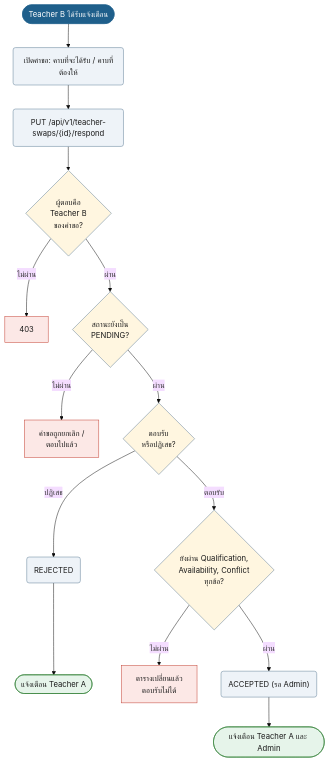
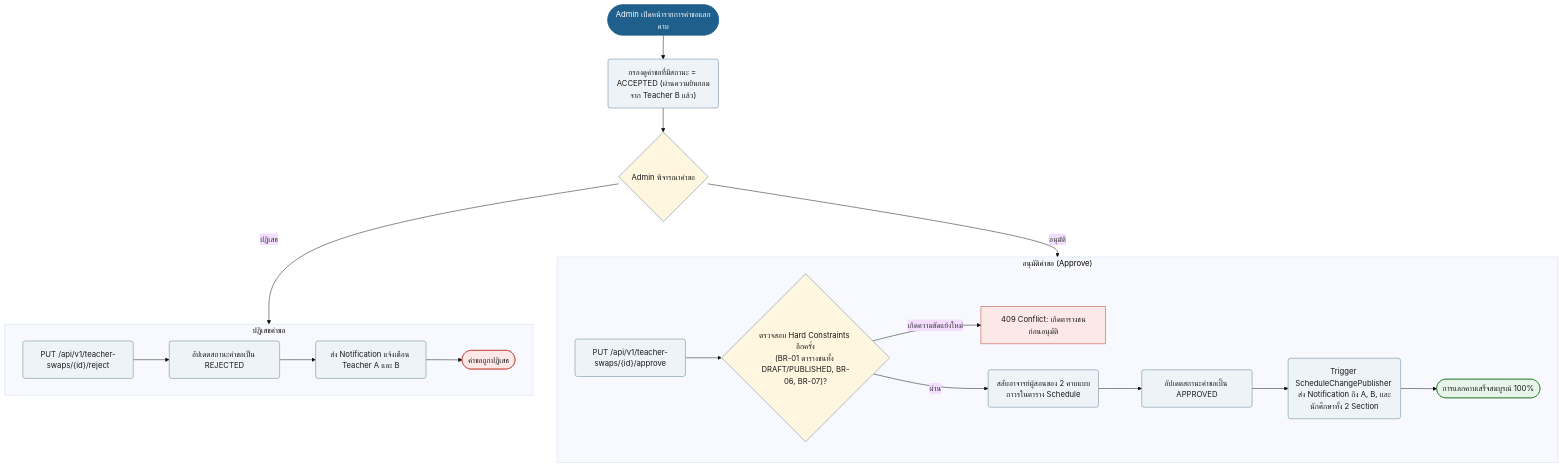
Diagram 17 of 19 in doc/diagram/Userflow_diagram.md (synthesixer/AcadOS), drawn with Mermaid (base theme) before and after one commit. The commit also changed other lines of this file and 8 other files, not shown here.

````diff
--- a/doc/diagram/Userflow_diagram.md
+++ b/doc/diagram/Userflow_diagram.md
@@ -618,36 +676,36 @@
 ```mermaid
 flowchart TD
-    n1(["Teacher B ได้รับแจ้งเตือน"]):::start
-    n2("เปิดคำขอ: คาบที่จะได้รับ / คาบที่ต้องให้"):::act
-    n3("PUT /api/v1/teacher-swaps/{id}/respond"):::act
+    n1(["Admin เปิดหน้ารายการคำขอแลกคาบ"]):::start
+    n2("กรองดูคำขอที่มีสถานะ = ACCEPTED (ผ่านความยินยอมจาก Teacher B แล้ว)"):::act
     n1 --> n2
-    n2 --> n3
-    n4{"ผู้ตอบคือ<br/>Teacher B<br/>ของคำขอ?"}:::dec
-    n3 --> n4
-    n5["403"]:::bad
-    n4 -->|ไม่ผ่าน| n5
-    n6{"สถานะยังเป็น<br/>PENDING?"}:::dec
-    n4 -->|ผ่าน| n6
-    n7["คำขอถูกยกเลิก /<br/>ตอบไปแล้ว"]:::bad
-    n6 -->|ไม่ผ่าน| n7
-    n8{"ตอบรับ<br/>หรือปฏิเสธ?"}:::dec
-    n6 -->|ผ่าน| n8
-    n9("REJECTED"):::act
-    n8 -->|ปฏิเสธ| n9
-    n10(["แจ้งเตือน Teacher A"]):::ok
-    n9 --> n10
-    n11{"ยังผ่าน Qualification,<br/>Availability, Conflict<br/>ทุกข้อ?"}:::dec
-    n8 -->|ตอบรับ| n11
-    n12["ตารางเปลี่ยนแล้ว<br/>ตอบรับไม่ได้"]:::bad
-    n11 -->|ไม่ผ่าน| n12
-    n13("ACCEPTED (รอ Admin)"):::act
-    n11 -->|ผ่าน| n13
-    n14(["แจ้งเตือน Teacher A และ Admin"]):::ok
-    n13 --> n14
+    adm_dec{"Admin พิจารณาคำขอ"}:::dec
+    n2 --> adm_dec
+
+    subgraph Reject_Swap ["ปฏิเสธคำขอ"]
+        rej_act("PUT /api/v1/teacher-swaps/{id}/reject"):::act
+        rej_save("อัปเดตสถานะคำขอเป็น REJECTED"):::act
+        rej_notif("ส่ง Notification แจ้งเตือน Teacher A และ B"):::act
+        rej_act --> rej_save --> rej_notif --> rej_ok(["คำขอถูกปฏิเสธ"]):::bad
+    end
+
+    subgraph Approve_Swap ["อนุมัติคำขอ (Approve)"]
+        app_act("PUT /api/v1/teacher-swaps/{id}/approve"):::act
+        app_rechk{"ตรวจสอบ Hard Constraints อีกครั้ง<br/>(BR-01 ตารางชนทั้ง DRAFT/PUBLISHED, BR-06, BR-07)?"}:::dec
+        app_act --> app_rechk
+        app_rechk -->|เกิดความขัดแย้งใหม่| app_err["409 Conflict: เกิดตารางชนก่อนอนุมัติ"]:::bad
+        app_exec("สลับอาจารย์ผู้สอนของ 2 คาบแบบถาวรในตาราง Schedule"):::act
+        app_rechk -->|ผ่าน| app_exec
+        app_save("อัปเดตสถานะคำขอเป็น APPROVED"):::act
+        app_pub("Trigger ScheduleChangePublisher ส่ง Notification ถึง A, B, และนักศึกษาทั้ง 2 Section"):::act
+        app_exec --> app_save --> app_pub --> app_ok(["การแลกคาบเสร็จสมบูรณ์ 100%"]):::ok
+    end
+
+    adm_dec -->|ปฏิเสธ| Reject_Swap
+    adm_dec -->|อนุมัติ| Approve_Swap
+
     classDef start fill:#1F5F8B,stroke:#1F5F8B,color:#fff
     classDef act fill:#EEF3F8,stroke:#5B7A94,color:#1a1a1a
     classDef dec fill:#FFF6E0,stroke:#5B7A94,color:#1a1a1a
     classDef bad fill:#FCE8E6,stroke:#C0392B,color:#1a1a1a
     classDef ok fill:#E6F4EA,stroke:#2E7D32,color:#1a1a1a
-    classDef note fill:#F4F4F4,stroke:#999,color:#1a1a1a
 ```
````
